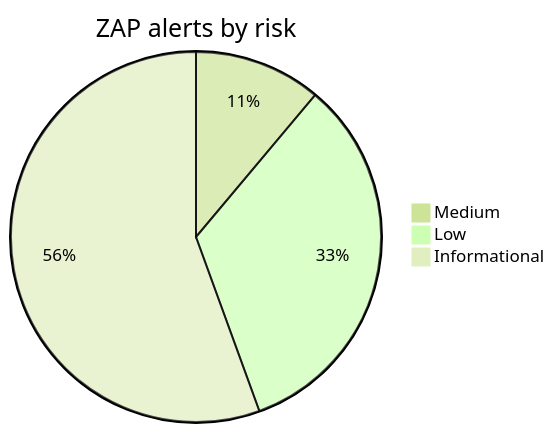
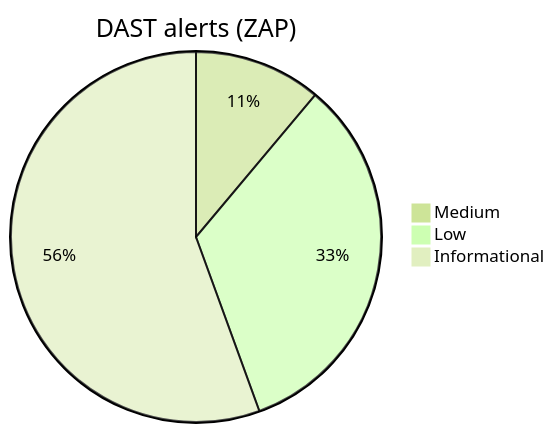
Before and after one commit to raph-rcn/devsecops-juice-shop: the second of 2 diagrams in README.md, drawn with Mermaid (forest theme). The commit also changed other lines of this file and 1 other file, not shown here.

````diff
--- a/README.md
+++ b/README.md
@@ -71,6 +14,6 @@
 ```mermaid
-pie title ZAP alerts by risk
+pie title DAST alerts (ZAP)
   "Medium" : 2
   "Low" : 6
   "Informational" : 10
 ```
````
